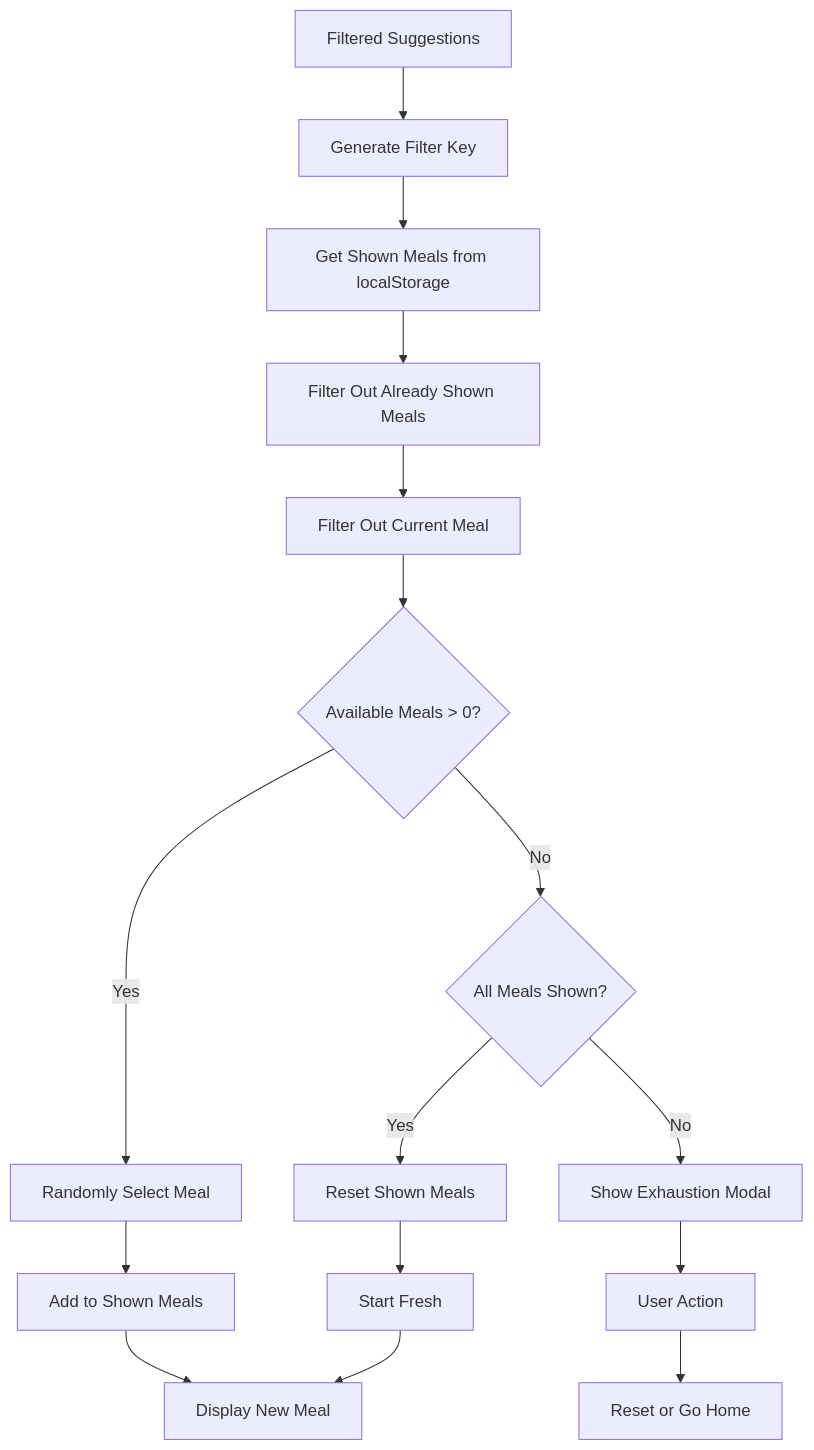
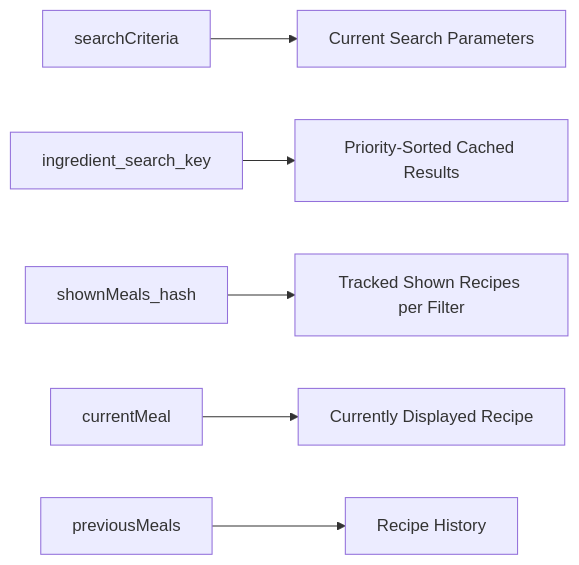
One commit to Artificialintellectx/momfoodie-mvp changed the sixth of 13 diagrams in INGREDIENT_SEARCH_FLOWCHART.md. Above: the diagram before and after it, drawn with Mermaid. The commit also changed other lines of this file and 3 other files, not shown here.

````diff
--- a/INGREDIENT_SEARCH_FLOWCHART.md
+++ b/INGREDIENT_SEARCH_FLOWCHART.md
@@ -81,18 +136,8 @@
 ```mermaid
-flowchart TD
-    A[Filtered Suggestions] --> B[Generate Filter Key]
-    B --> C[Get Shown Meals from localStorage]
-    C --> D[Filter Out Already Shown Meals]
-    D --> E[Filter Out Current Meal]
-    E --> F{Available Meals > 0?}
-    F -->|Yes| G[Randomly Select Meal]
-    F -->|No| H{All Meals Shown?}
-    H -->|Yes| I[Reset Shown Meals]
-    H -->|No| J[Show Exhaustion Modal]
-    G --> K[Add to Shown Meals]
-    I --> L[Start Fresh]
-    J --> M[User Action]
-    K --> N[Display New Meal]
-    L --> N
-    M --> O[Reset or Go Home]
+graph LR
+    A[searchCriteria] --> B[Current Search Parameters]
+    C[ingredient_search_key] --> D[Priority-Sorted Cached Results]
+    E[shownMeals_hash] --> F[Tracked Shown Recipes per Filter]
+    G[currentMeal] --> H[Currently Displayed Recipe]
+    I[previousMeals] --> J[Recipe History]
 ```
````
